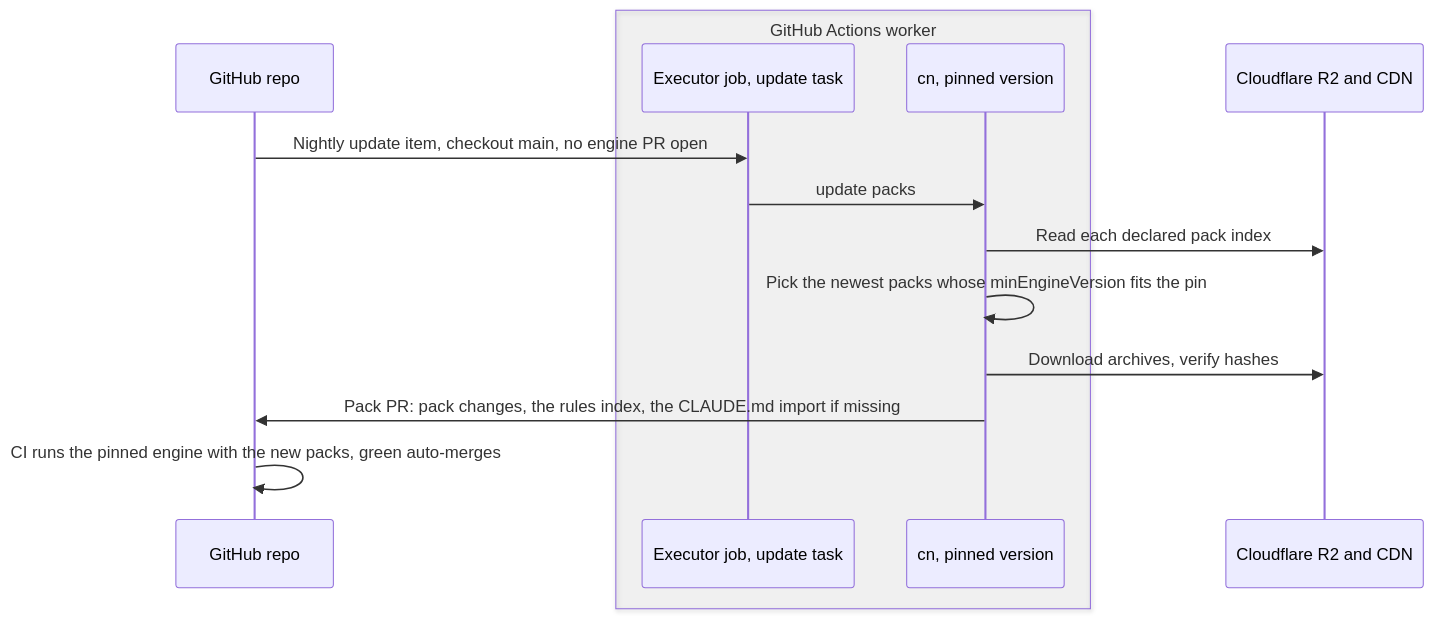
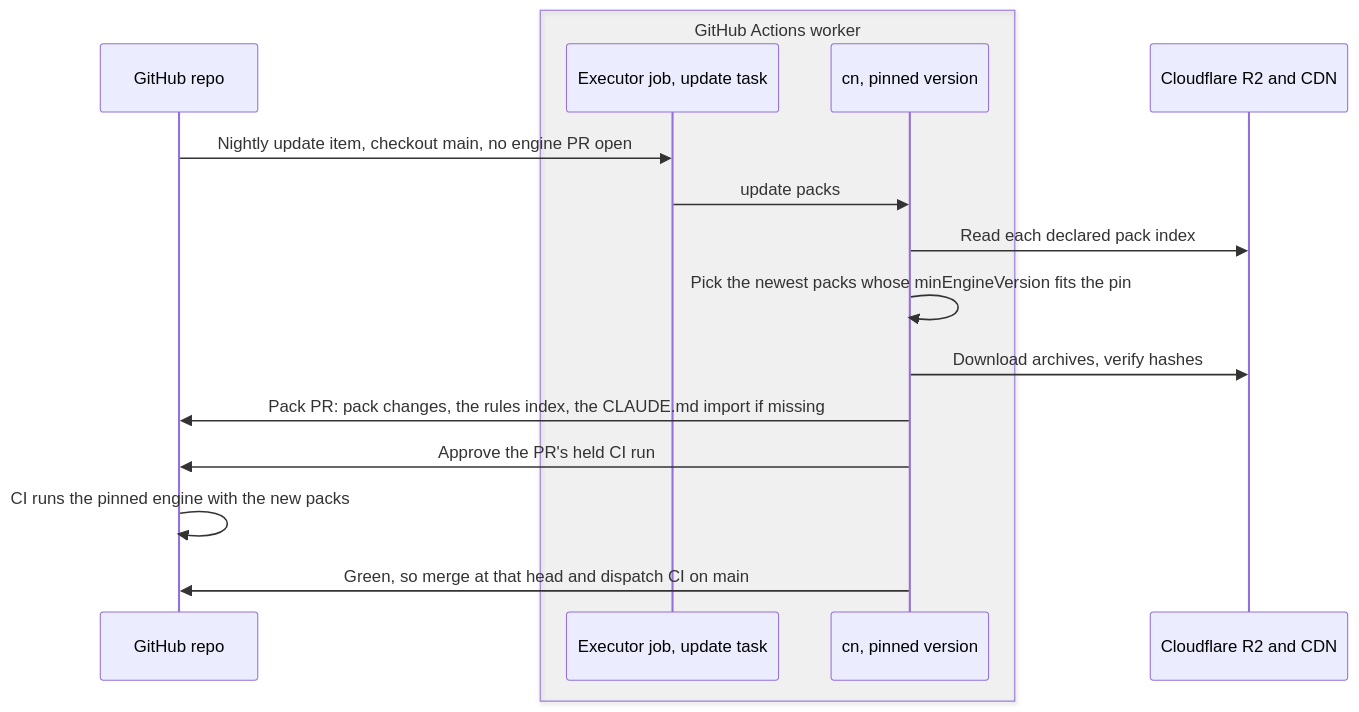
The seventh of 8 diagrams in docs/design.md (missingbulb/ClaudiniteEngine), drawn with Mermaid before and after one commit. The commit also changed other lines of this file and 26 other files, not shown here.

First line of the commit message:
Approve a bot PR's held runs instead of dispatching duplicates

````diff
--- a/docs/design.md
+++ b/docs/design.md
@@ -442,16 +444,18 @@
 ```mermaid
 sequenceDiagram
   participant GH as GitHub repo
   box rgba(128,128,128,0.08) GitHub Actions worker
     participant J as Executor job, update task
     participant B as cn, pinned version
   end
   participant R2 as Cloudflare R2 and CDN
   GH->>J: Nightly update item, checkout main, no engine PR open
   J->>B: update packs
   B->>R2: Read each declared pack index
   B->>B: Pick the newest packs whose minEngineVersion fits the pin
   B->>R2: Download archives, verify hashes
   B->>GH: Pack PR: pack changes, the rules index, the CLAUDE.md import if missing
-  GH->>GH: CI runs the pinned engine with the new packs, green auto-merges
+  B->>GH: Approve the PR's held CI run
+  GH->>GH: CI runs the pinned engine with the new packs
+  B->>GH: Green, so merge at that head and dispatch CI on main
 ```
````
